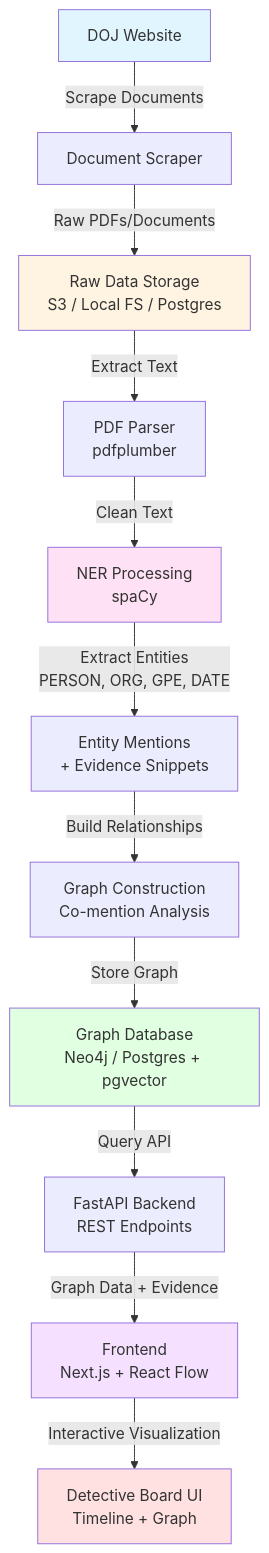
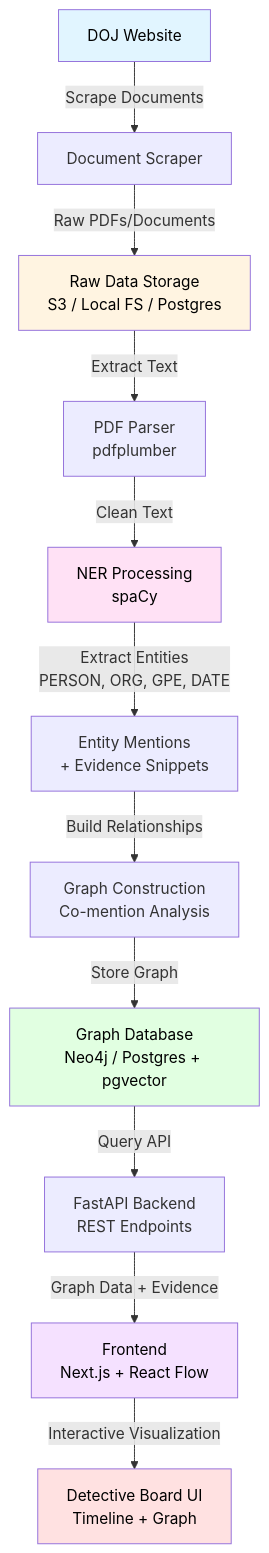
Before and after one commit to LinHong149/cxc: the diagram in README.md, drawn with Mermaid.

Commit message:
change text colour

````diff
--- a/README.md
+++ b/README.md
@@ -194,20 +194,20 @@
 ```mermaid
 flowchart TD
     A[DOJ Website] -->|Scrape Documents| B[Document Scraper]
     B -->|Raw PDFs/Documents| C[Raw Data Storage<br/>S3 / Local FS / Postgres]
     C -->|Extract Text| D[PDF Parser<br/>pdfplumber]
     D -->|Clean Text| E[NER Processing<br/>spaCy]
     E -->|Extract Entities<br/>PERSON, ORG, GPE, DATE| F[Entity Mentions<br/>+ Evidence Snippets]
     F -->|Build Relationships| G[Graph Construction<br/>Co-mention Analysis]
     G -->|Store Graph| H[Graph Database<br/>Neo4j / Postgres + pgvector]
     H -->|Query API| I[FastAPI Backend<br/>REST Endpoints]
     I -->|Graph Data + Evidence| J[Frontend<br/>Next.js + React Flow]
     J -->|Interactive Visualization| K[Detective Board UI<br/>Timeline + Graph]
     
-    style A fill:#e1f5ff
-    style C fill:#fff4e1
-    style E fill:#ffe1f5
-    style H fill:#e1ffe1
-    style J fill:#f5e1ff
-    style K fill:#ffe1e1
+    style A fill:#e1f5ff,color:#000000
+    style C fill:#fff4e1,color:#000000
+    style E fill:#ffe1f5,color:#000000
+    style H fill:#e1ffe1,color:#000000
+    style J fill:#f5e1ff,color:#000000
+    style K fill:#ffe1e1,color:#000000
 ```
````
